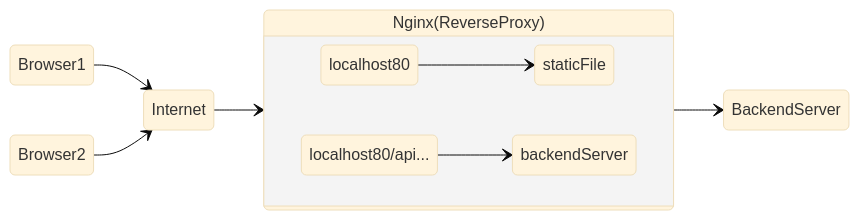
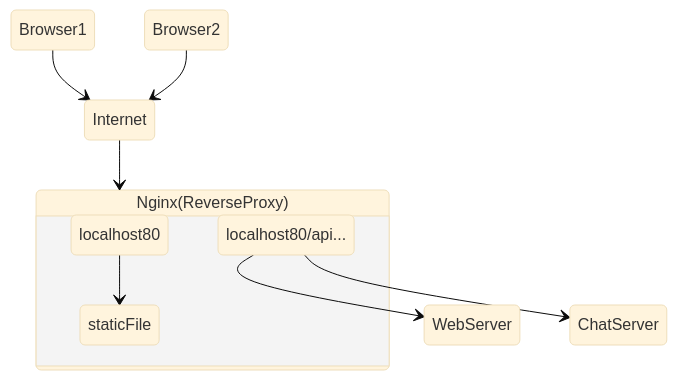
Before and after one commit to Jaeun-Choi98/dohyeong: the second of 3 diagrams in README.md, drawn with Mermaid (base theme). The commit also changed other lines of this file, not shown here.

Commit message:
revise readme file

````diff
--- a/README.md
+++ b/README.md
@@ -132,14 +133,15 @@
 ```mermaid
 stateDiagram
-    direction LR
+    direction TB
 		Browser1 --> Internet
     Browser2 --> Internet
     Internet --> Nginx(ReverseProxy)
-    Nginx(ReverseProxy)--> BackendServer
+    Nginx(ReverseProxy)
     state Nginx(ReverseProxy) {
-      direction LR
 			localhost80 --> staticFile
-			localhost80/api... --> backendServer
+			localhost80/api...
     }
+		localhost80/api... --> WebServer
+		localhost80/api... --> ChatServer
 
 ```
````
